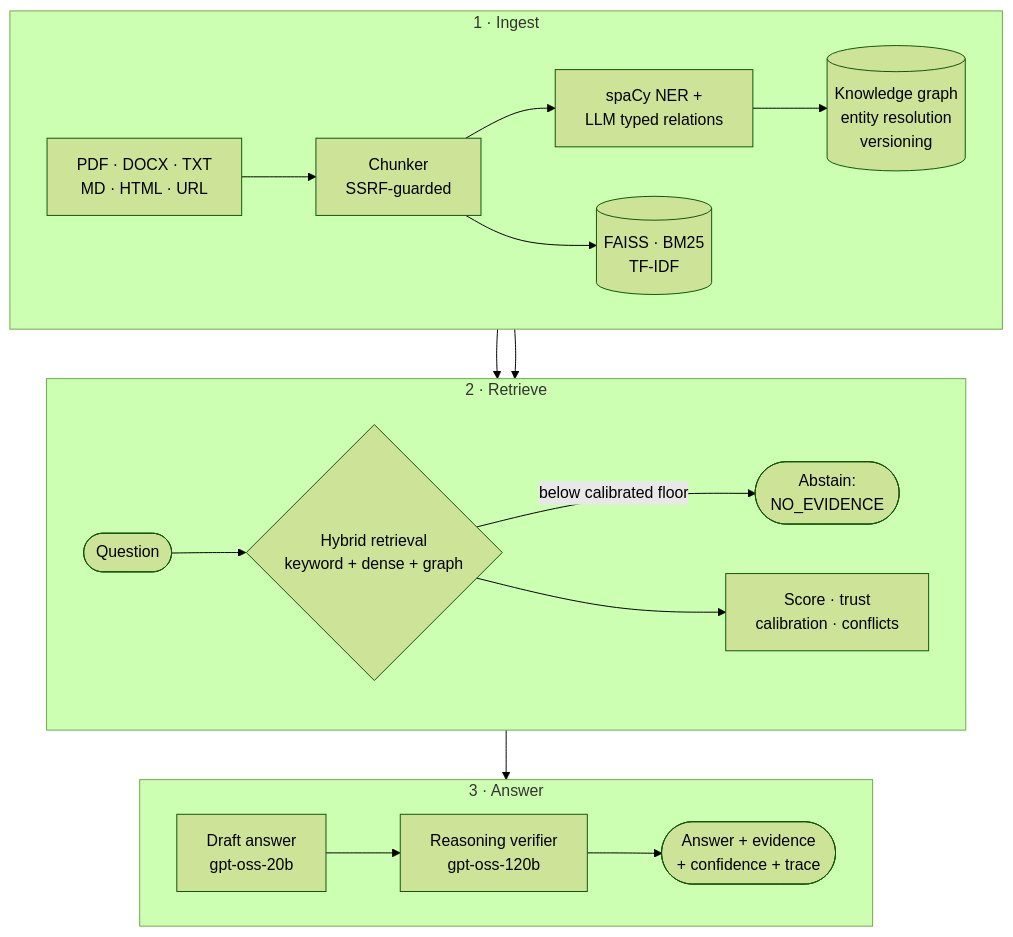
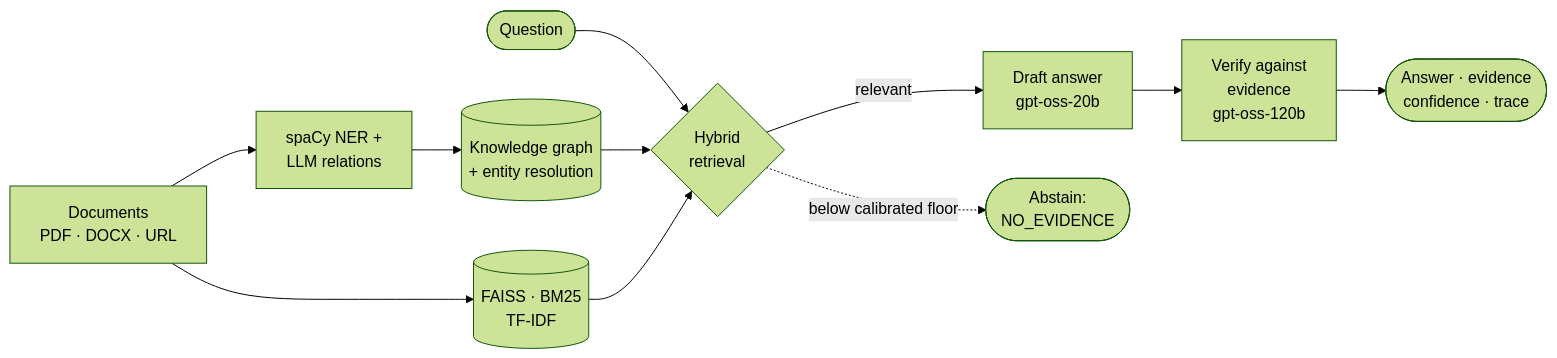
The diagram in README.md (saurabhshreni-cmyk/GraphRAG-Plus), drawn with Mermaid (forest theme) before and after one commit.

Commit message:
docs: a compact left-to-right architecture diagram

````diff
--- a/README.md
+++ b/README.md
@@ -75,23 +75,13 @@
 ```mermaid
-flowchart TB
-    subgraph Ingest["1 · Ingest"]
-        direction LR
-        A[PDF · DOCX · TXT<br/>MD · HTML · URL] --> B[Chunker<br/>SSRF-guarded]
-        B --> C[spaCy NER +<br/>LLM typed relations]
-        C --> D[(Knowledge graph<br/>entity resolution<br/>versioning)]
-        B --> E[(FAISS · BM25<br/>TF-IDF)]
-    end
-    subgraph Retrieve["2 · Retrieve"]
-        direction LR
-        Q([Question]) --> R{Hybrid retrieval<br/>keyword + dense + graph}
-        R -->|below calibrated floor| X([Abstain:<br/>NO_EVIDENCE])
-        R --> S[Score · trust<br/>calibration · conflicts]
-    end
-    subgraph Answer["3 · Answer"]
-        direction LR
-        G[Draft answer<br/>gpt-oss-20b] --> V[Reasoning verifier<br/>gpt-oss-120b] --> O([Answer + evidence<br/>+ confidence + trace])
-    end
-    D --> R
-    E --> R
-    S --> G
+flowchart LR
+    DOC[Documents<br/>PDF · DOCX · URL] --> EXT[spaCy NER +<br/>LLM relations]
+    EXT --> KG[(Knowledge graph<br/>+ entity resolution)]
+    DOC --> VEC[(FAISS · BM25<br/>TF-IDF)]
+    Q([Question]) --> RET{Hybrid<br/>retrieval}
+    KG --> RET
+    VEC --> RET
+    RET -->|relevant| DRAFT[Draft answer<br/>gpt-oss-20b]
+    RET -.->|below calibrated floor| ABS([Abstain:<br/>NO_EVIDENCE])
+    DRAFT --> VER[Verify against<br/>evidence<br/>gpt-oss-120b]
+    VER --> OUT([Answer · evidence<br/>confidence · trace])
 ```
````
